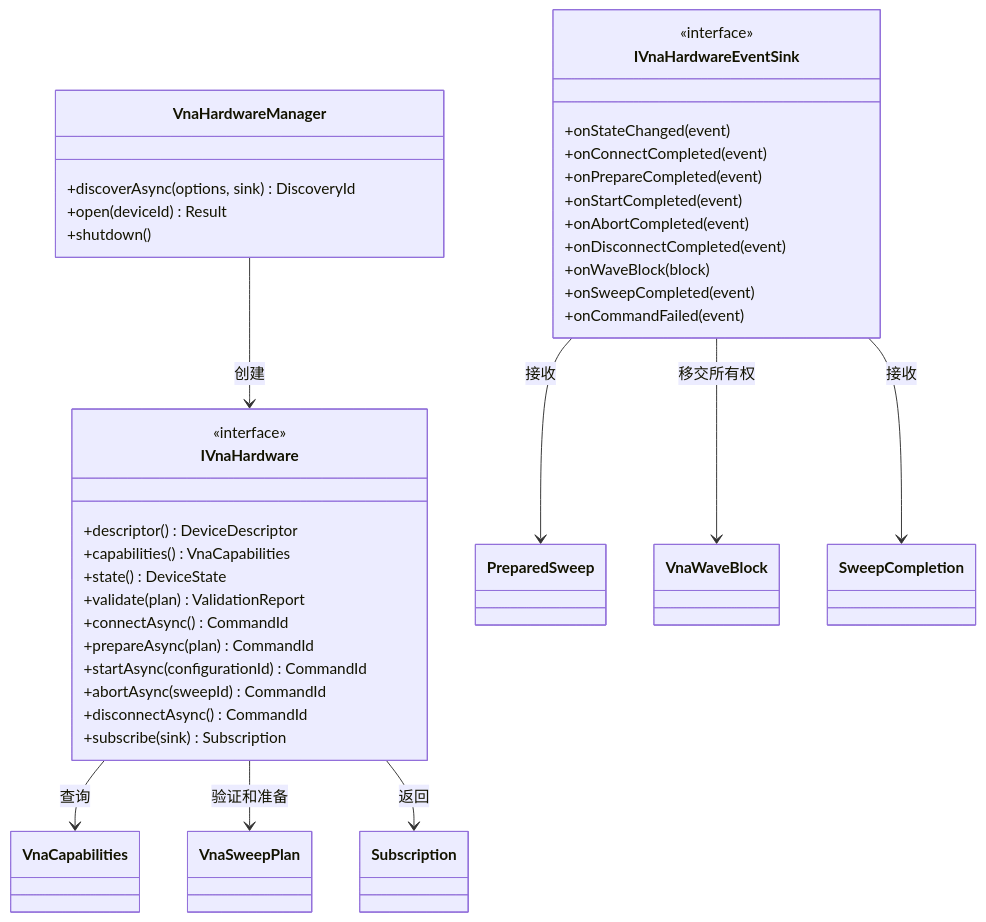
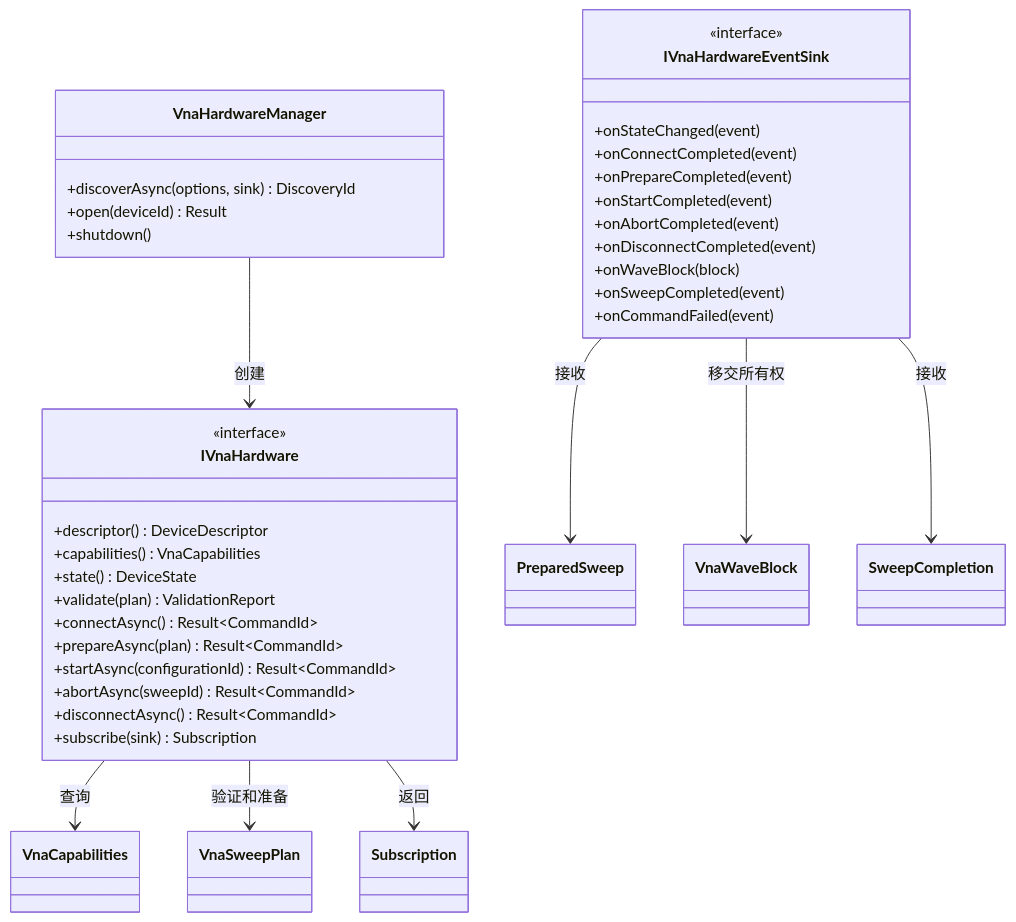
The second of 9 diagrams in docs/硬件适配层软件设计.md (aniping/VnaPro), drawn with Mermaid before and after one commit. The commit also changed other lines of this file and 5 other files, not shown here.

````diff
--- a/docs/硬件适配层软件设计.md
+++ b/docs/硬件适配层软件设计.md
@@ -121,47 +123,47 @@
 ```mermaid
 classDiagram
     class VnaHardwareManager {
         +discoverAsync(options, sink) DiscoveryId
         +open(deviceId) Result
         +shutdown()
     }
     class IVnaHardware {
         <<interface>>
         +descriptor() DeviceDescriptor
         +capabilities() VnaCapabilities
         +state() DeviceState
         +validate(plan) ValidationReport
-        +connectAsync() CommandId
-        +prepareAsync(plan) CommandId
-        +startAsync(configurationId) CommandId
-        +abortAsync(sweepId) CommandId
-        +disconnectAsync() CommandId
+        +connectAsync() Result~CommandId~
+        +prepareAsync(plan) Result~CommandId~
+        +startAsync(configurationId) Result~CommandId~
+        +abortAsync(sweepId) Result~CommandId~
+        +disconnectAsync() Result~CommandId~
         +subscribe(sink) Subscription
     }
     class IVnaHardwareEventSink {
         <<interface>>
         +onStateChanged(event)
         +onConnectCompleted(event)
         +onPrepareCompleted(event)
         +onStartCompleted(event)
         +onAbortCompleted(event)
         +onDisconnectCompleted(event)
         +onWaveBlock(block)
         +onSweepCompleted(event)
         +onCommandFailed(event)
     }
     class VnaSweepPlan
     class PreparedSweep
     class VnaCapabilities
     class VnaWaveBlock
     class SweepCompletion
     class Subscription
 
     VnaHardwareManager --> IVnaHardware : 创建
     IVnaHardware --> VnaCapabilities : 查询
     IVnaHardware --> VnaSweepPlan : 验证和准备
     IVnaHardwareEventSink --> PreparedSweep : 接收
     IVnaHardwareEventSink --> VnaWaveBlock : 移交所有权
     IVnaHardwareEventSink --> SweepCompletion : 接收
     IVnaHardware --> Subscription : 返回
 ```
````
